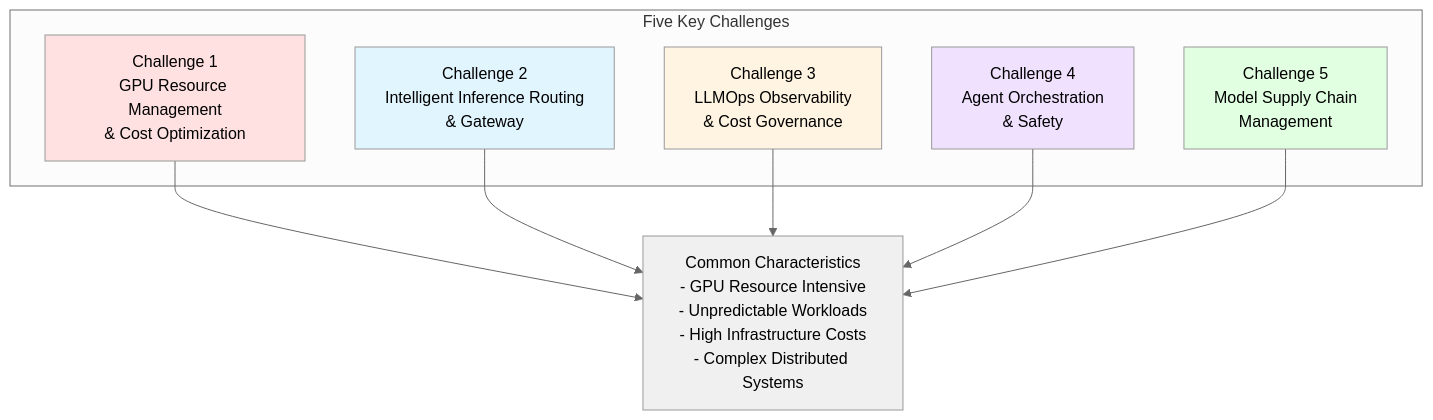
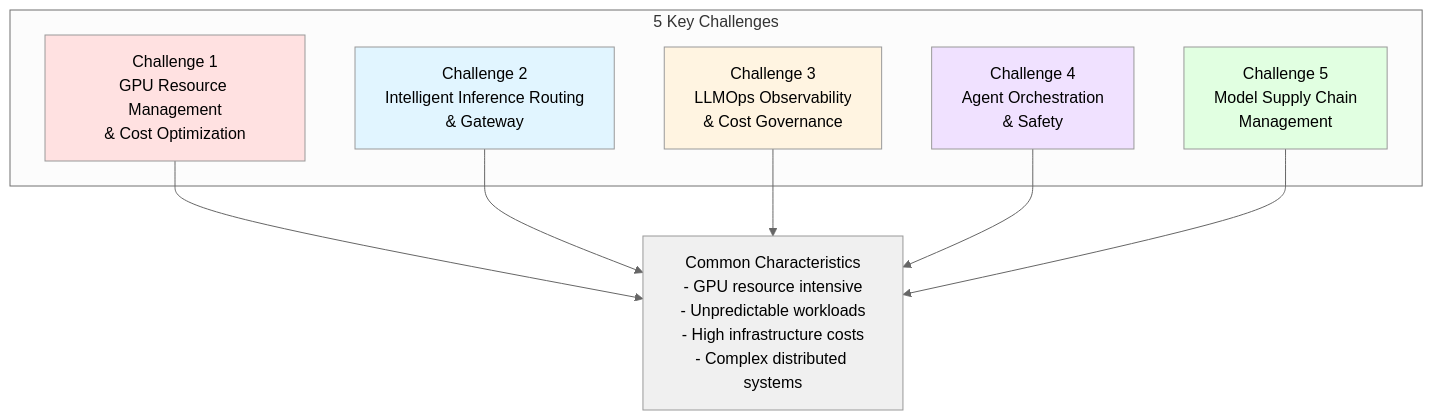
The first of 4 diagrams in i18n/en/docusaurus-plugin-content-docs/current/agentic-ai-platform/design-architecture/agentic-ai-challenges.md (devfloor9/engineering-playbook), drawn with Mermaid (neutral theme) before and after one commit. The commit also changed other lines of this file and 95 other files, not shown here.

````diff
--- a/i18n/en/docusaurus-plugin-content-docs/current/agentic-ai-platform/design-architecture/agentic-ai-challenges.md
+++ b/i18n/en/docusaurus-plugin-content-docs/current/agentic-ai-platform/design-architecture/agentic-ai-challenges.md
@@ -29,25 +86,25 @@
 ```mermaid
 flowchart TD
-    subgraph Challenges["Five Key Challenges"]
+    subgraph Challenges["5 Key Challenges"]
         C1["Challenge 1<br/>GPU Resource Management<br/>& Cost Optimization"]
         C2["Challenge 2<br/>Intelligent Inference Routing<br/>& Gateway"]
         C3["Challenge 3<br/>LLMOps Observability<br/>& Cost Governance"]
         C4["Challenge 4<br/>Agent Orchestration<br/>& Safety"]
         C5["Challenge 5<br/>Model Supply Chain<br/>Management"]
     end
 
-    COMMON["Common Characteristics<br/>- GPU Resource Intensive<br/>- Unpredictable Workloads<br/>- High Infrastructure Costs<br/>- Complex Distributed Systems"]
+    COMMON["Common Characteristics<br/>- GPU resource intensive<br/>- Unpredictable workloads<br/>- High infrastructure costs<br/>- Complex distributed systems"]
 
     C1 --> COMMON
     C2 --> COMMON
     C3 --> COMMON
     C4 --> COMMON
     C5 --> COMMON
 
     style C1 fill:#ffe1e1
     style C2 fill:#e1f5ff
     style C3 fill:#fff4e1
     style C4 fill:#f0e1ff
     style C5 fill:#e1ffe1
     style COMMON fill:#f0f0f0
 ```
````
